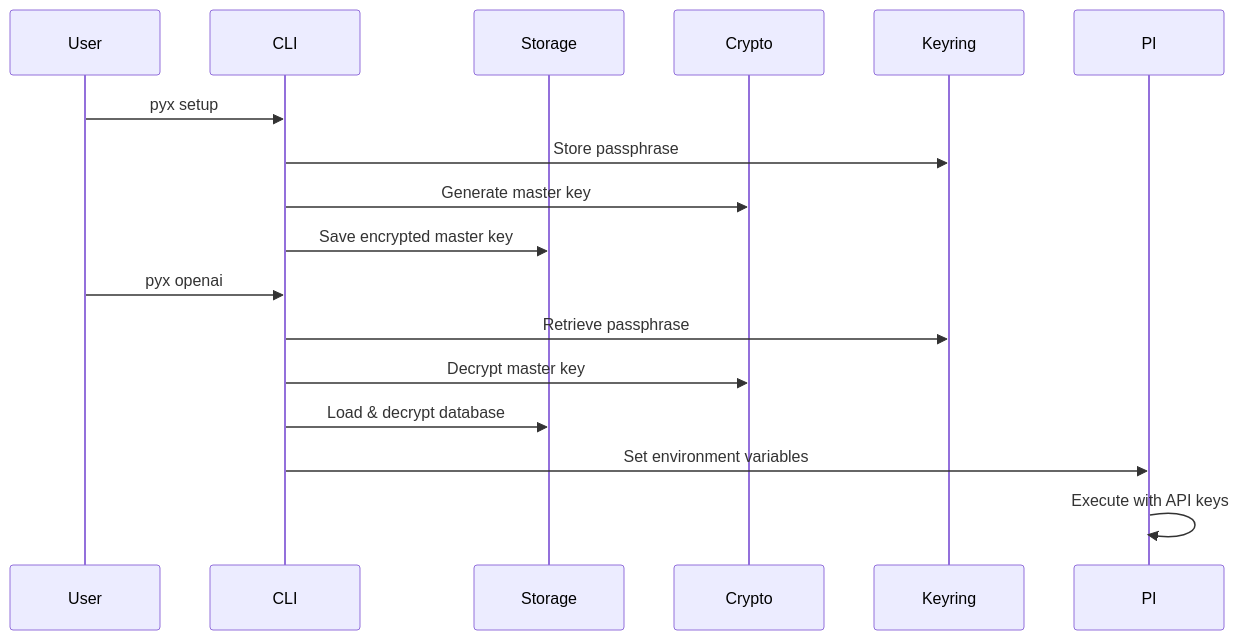
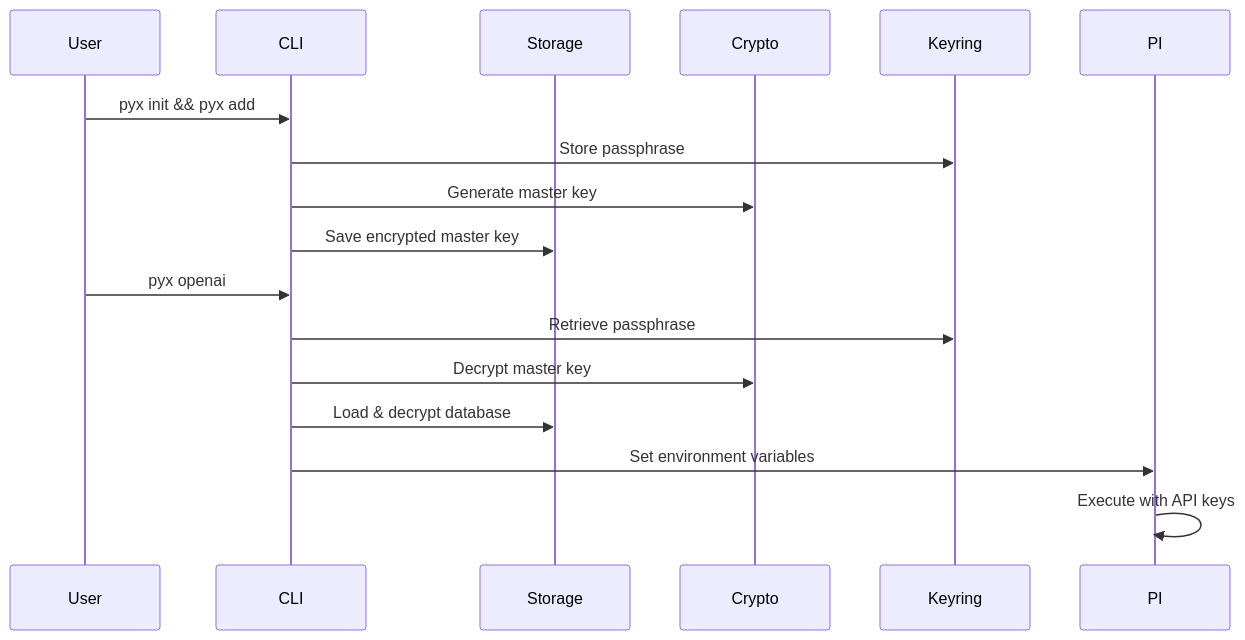
Before and after one commit to dkmnx/pyx: the second of 2 diagrams in docs/reference/architecture.md, drawn with Mermaid. The commit also changed other lines of this file and 13 other files, not shown here.

````diff
--- a/docs/reference/architecture.md
+++ b/docs/reference/architecture.md
@@ -101,20 +102,20 @@
 ```mermaid
 sequenceDiagram
     participant User
     participant CLI
     participant Storage
     participant Crypto
     participant Keyring
     participant PI
 
-    User->>CLI: pyx setup
+    User->>CLI: pyx init && pyx add
     CLI->>Keyring: Store passphrase
     CLI->>Crypto: Generate master key
     CLI->>Storage: Save encrypted master key
     User->>CLI: pyx openai
     CLI->>Keyring: Retrieve passphrase
     CLI->>Crypto: Decrypt master key
     CLI->>Storage: Load & decrypt database
     CLI->>PI: Set environment variables
     PI->>PI: Execute with API keys
 ```
````
